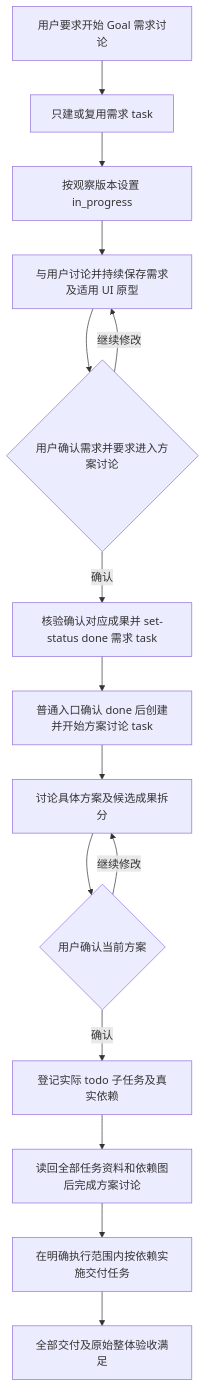
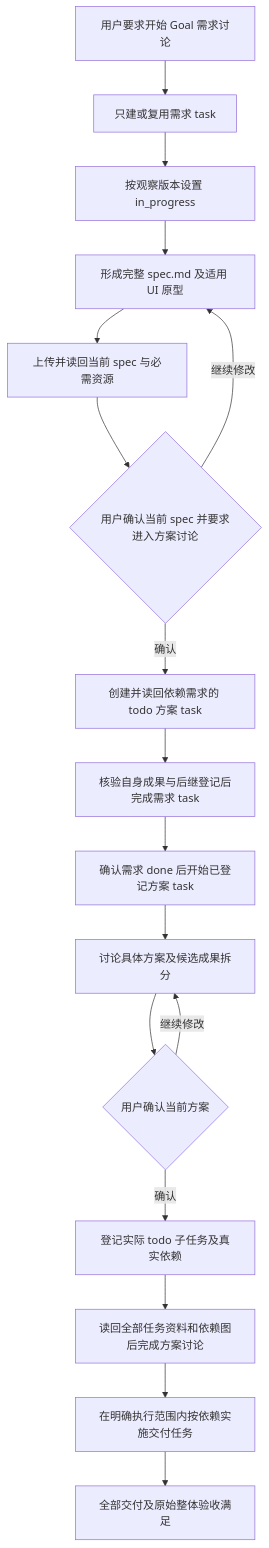
The diagram in docs/design/daynight-goal-workflow.md (codetreker/daynight), drawn with Mermaid before and after one commit. The commit also changed other lines of this file and 20 other files, not shown here.

````diff
--- a/docs/design/daynight-goal-workflow.md
+++ b/docs/design/daynight-goal-workflow.md
@@ -62,17 +66,19 @@
 ```mermaid
 flowchart TD
     A[用户要求开始 Goal 需求讨论] --> B[只建或复用需求 task]
     B --> C[按观察版本设置 in_progress]
-    C --> D[与用户讨论并持续保存需求及适用 UI 原型]
-    D --> E{用户确认需求并要求进入方案讨论}
+    C --> D[形成完整 spec.md 及适用 UI 原型]
+    D --> R[上传并读回当前 spec 与必需资源]
+    R --> E{用户确认当前 spec 并要求进入方案讨论}
     E -->|继续修改| D
-    E -->|确认| F[核验确认对应成果并 set-status done 需求 task]
-    F --> G[普通入口确认 done 后创建并开始方案讨论 task]
+    E -->|确认| N[创建并读回依赖需求的 todo 方案 task]
+    N --> F[核验自身成果与后继登记后完成需求 task]
+    F --> G[确认需求 done 后开始已登记方案 task]
     G --> H[讨论具体方案及候选成果拆分]
     H --> I{用户确认当前方案}
     I -->|继续修改| H
     I -->|确认| J[登记实际 todo 子任务及真实依赖]
     J --> K[读回全部任务资料和依赖图后完成方案讨论]
     K --> L[在明确执行范围内按依赖实施交付任务]
     L --> M[全部交付及原始整体验收满足]
 ```
````
